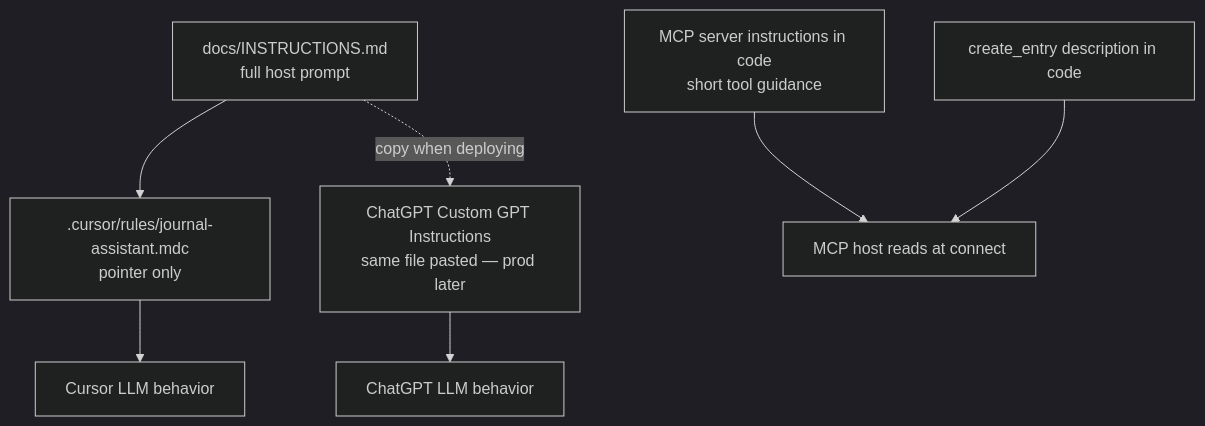
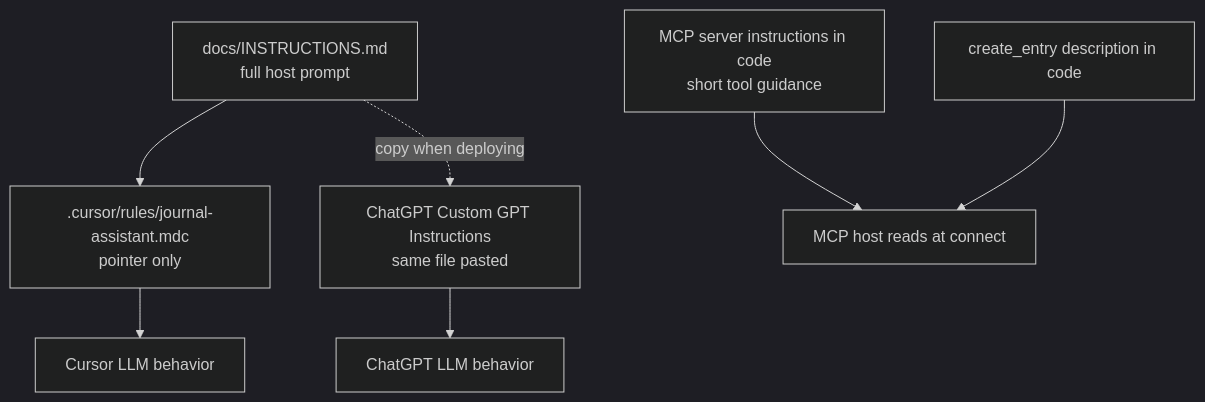
The fifth of 6 diagrams in ARCHITECTURE.md (roussakov/journal), drawn with Mermaid (dark theme) before and after one commit. The commit also changed other lines of this file and 3 other files, not shown here.

````diff
--- a/ARCHITECTURE.md
+++ b/ARCHITECTURE.md
@@ -152,15 +152,15 @@
 ```mermaid
 flowchart TB
   InstructionsMD["docs/INSTRUCTIONS.md\nfull host prompt"]
   CursorRule[".cursor/rules/journal-assistant.mdc\npointer only"]
-  ChatGPTPrompt["ChatGPT Custom GPT Instructions\nsame file pasted — prod later"]
+  ChatGPTPrompt["ChatGPT Custom GPT Instructions\nsame file pasted"]
   ServerInstr["MCP server instructions in code\nshort tool guidance"]
   ToolDesc["create_entry description in code"]
 
   InstructionsMD --> CursorRule
   InstructionsMD -.->|copy when deploying| ChatGPTPrompt
   ServerInstr --> MCPClient[MCP host reads at connect]
   ToolDesc --> MCPClient
   CursorRule --> CursorLLM[Cursor LLM behavior]
   ChatGPTPrompt --> ChatGPTLLM[ChatGPT LLM behavior]
 ```
````
